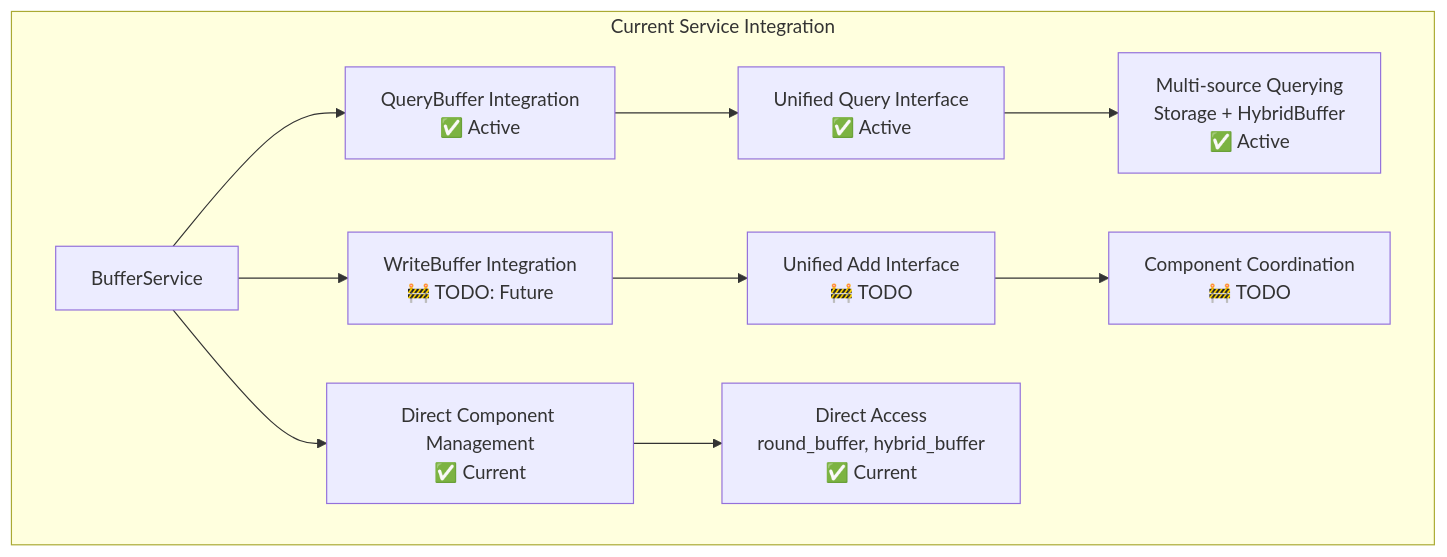
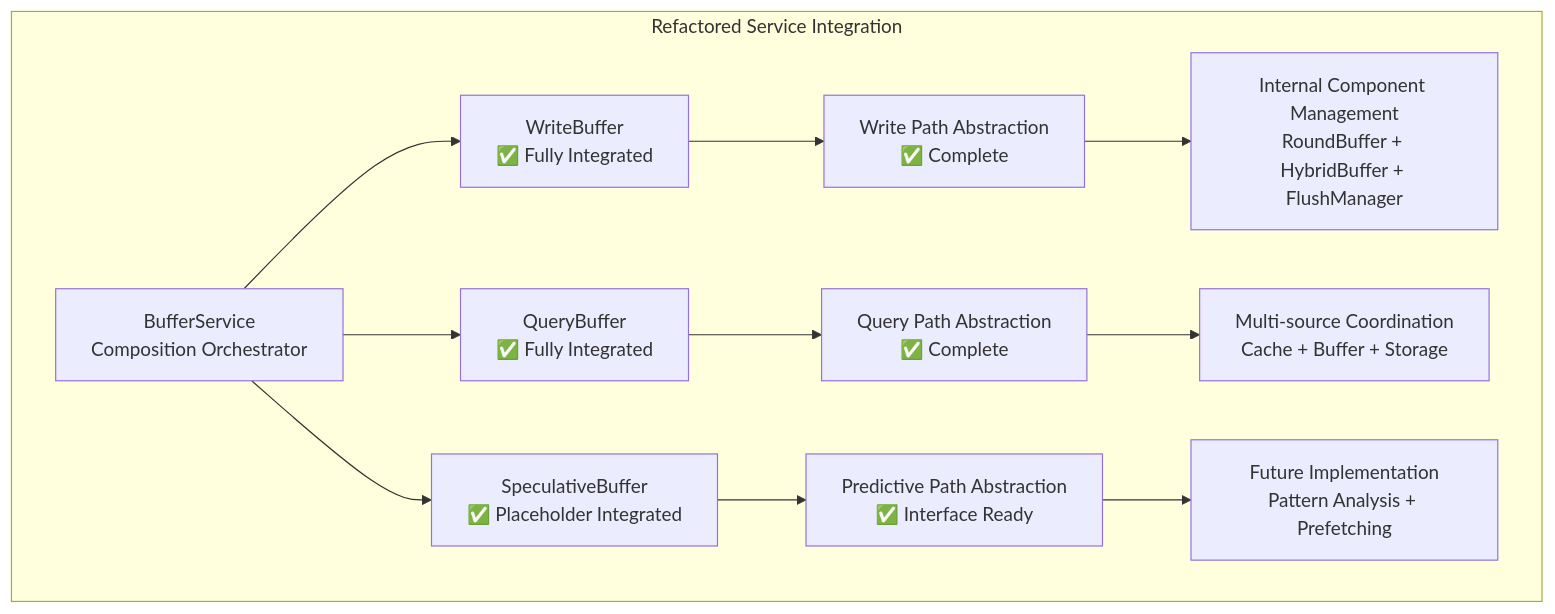
One commit to memfuse/memfuse changed diagram 24 of 25 in docs/architecture/buffer.md. Above: the diagram before and after it, drawn with Mermaid. The commit also changed other lines of this file and 13 other files, not shown here.

First line of the commit message:
refactor(buffer): implement comprehensive architecture refactoring with abstraction layers

````diff
--- a/docs/architecture/buffer.md
+++ b/docs/architecture/buffer.md
@@ -974,15 +1063,16 @@
 ```mermaid
 graph TB
-    subgraph "Current Service Integration"
-        A[BufferService] --> B["WriteBuffer Integration<br/>🚧 TODO: Future"]
-        A --> C["QueryBuffer Integration<br/>✅ Active"]
-        A --> D["Direct Component Management<br/>✅ Current"]
+    subgraph "Refactored Service Integration"
+        A[BufferService<br/>Composition Orchestrator] --> B["WriteBuffer<br/>✅ Fully Integrated"]
+        A --> C["QueryBuffer<br/>✅ Fully Integrated"]
+        A --> D["SpeculativeBuffer<br/>✅ Placeholder Integrated"]
 
-        B --> E["Unified Add Interface<br/>🚧 TODO"]
-        C --> F["Unified Query Interface<br/>✅ Active"]
-        D --> G["Direct Access<br/>round_buffer, hybrid_buffer<br/>✅ Current"]
+        B --> E["Write Path Abstraction<br/>✅ Complete"]
+        C --> F["Query Path Abstraction<br/>✅ Complete"]
+        D --> G["Predictive Path Abstraction<br/>✅ Interface Ready"]
 
-        F --> H["Multi-source Querying<br/>Storage + HybridBuffer<br/>✅ Active"]
-        E --> I["Component Coordination<br/>🚧 TODO"]
+        E --> H["Internal Component Management<br/>RoundBuffer + HybridBuffer + FlushManager"]
+        F --> I["Multi-source Coordination<br/>Cache + Buffer + Storage"]
+        G --> J["Future Implementation<br/>Pattern Analysis + Prefetching"]
     end
 ```
````
